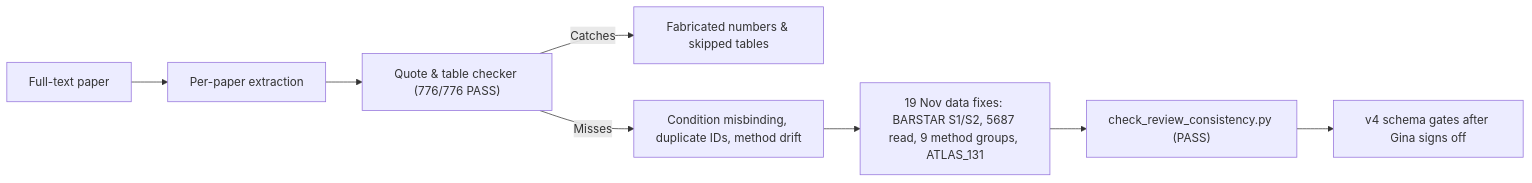
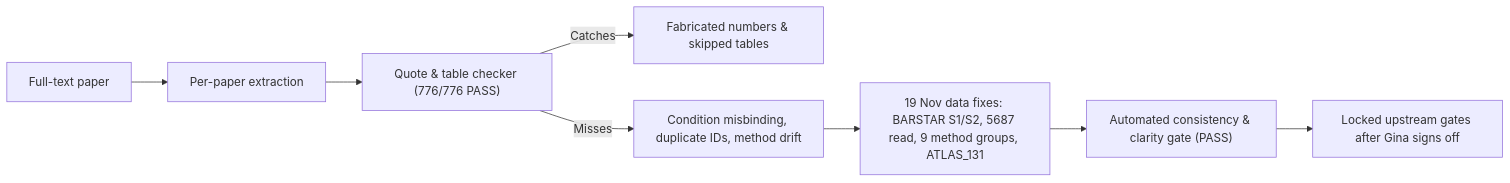
One commit to alex051107/dynamics-atlas-relaxdb changed the diagram in methods/bugs_and_fixes.md. Above: the diagram before and after it, drawn with Mermaid. The commit also changed other lines of this file and 16 other files, not shown here.

````diff
--- a/methods/bugs_and_fixes.md
+++ b/methods/bugs_and_fixes.md
@@ -9,10 +9,10 @@
 ```mermaid
 flowchart LR
     Paper["Full-text paper"] --> Extract["Per-paper extraction"]
     Extract --> QCheck["Quote & table checker (776/776 PASS)"]
     QCheck -->|Catches| Catch["Fabricated numbers & skipped tables"]
     QCheck -->|Misses| Slip["Condition misbinding, duplicate IDs, method drift"]
     Slip --> Fix19["19 Nov data fixes: BARSTAR S1/S2, 5687 read, 9 method groups, ATLAS_131"]
-    Fix19 --> Gate["check_review_consistency.py (PASS)"]
-    Gate --> V4["v4 schema gates after Gina signs off"]
+    Fix19 --> Gate["Automated consistency & clarity gate (PASS)"]
+    Gate --> NextPass["Locked upstream gates after Gina signs off"]
 ```
````
